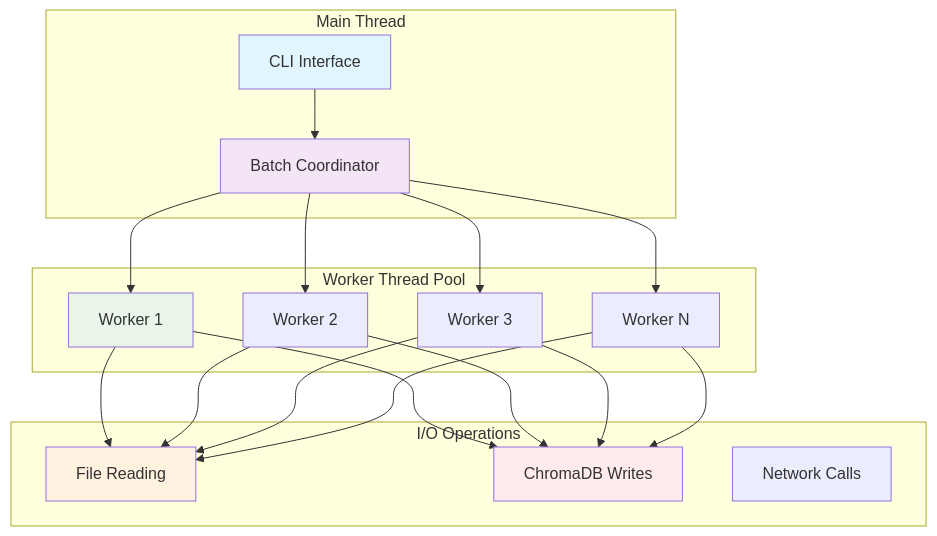
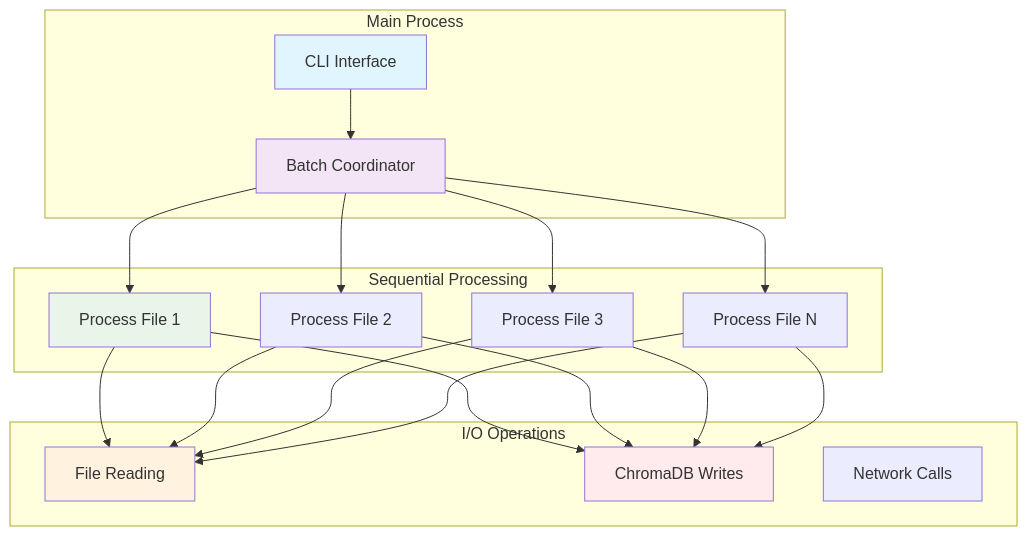
Diagram 14 of 17 in docs/architecture-wiki.md (husams/shard-markdown), drawn with Mermaid before and after one commit. The commit also changed other lines of this file and 15 other files, not shown here.

````diff
--- a/docs/architecture-wiki.md
+++ b/docs/architecture-wiki.md
@@ -484,42 +484,42 @@
 ```mermaid
 graph TD
-    subgraph "Main Thread"
+    subgraph "Main Process"
         A[CLI Interface]
         B[Batch Coordinator]
     end
 
-    subgraph "Worker Thread Pool"
-        C[Worker 1]
-        D[Worker 2]
-        E[Worker 3]
-        F[Worker N]
+    subgraph "Sequential Processing"
+        C[Process File 1]
+        D[Process File 2]
+        E[Process File 3]
+        F[Process File N]
     end
 
     subgraph "I/O Operations"
         G[File Reading]
         H[ChromaDB Writes]
         I[Network Calls]
     end
 
     A --> B
     B --> C
     B --> D
     B --> E
     B --> F
 
     C --> G
     D --> G
     E --> G
     F --> G
 
     C --> H
     D --> H
     E --> H
     F --> H
 
     style A fill:#e1f5fe
     style B fill:#f3e5f5
     style C fill:#e8f5e8
     style G fill:#fff3e0
     style H fill:#ffebee
 ```
````
